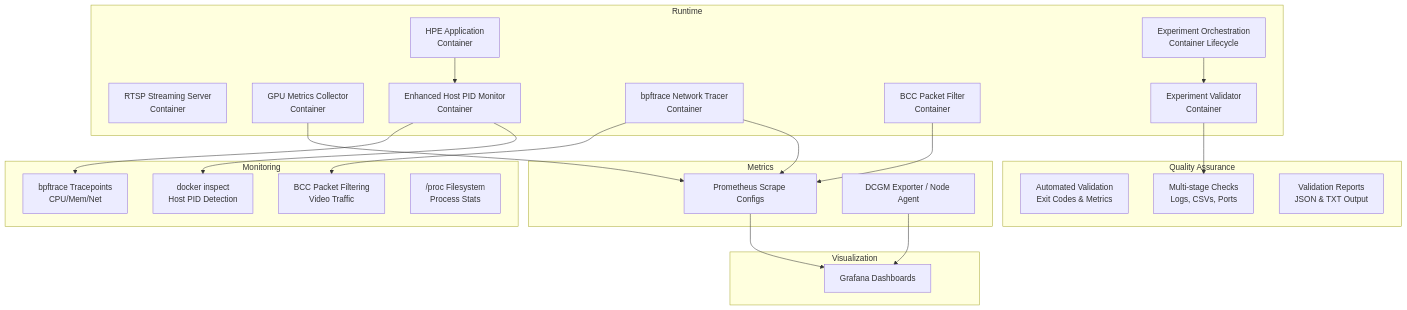
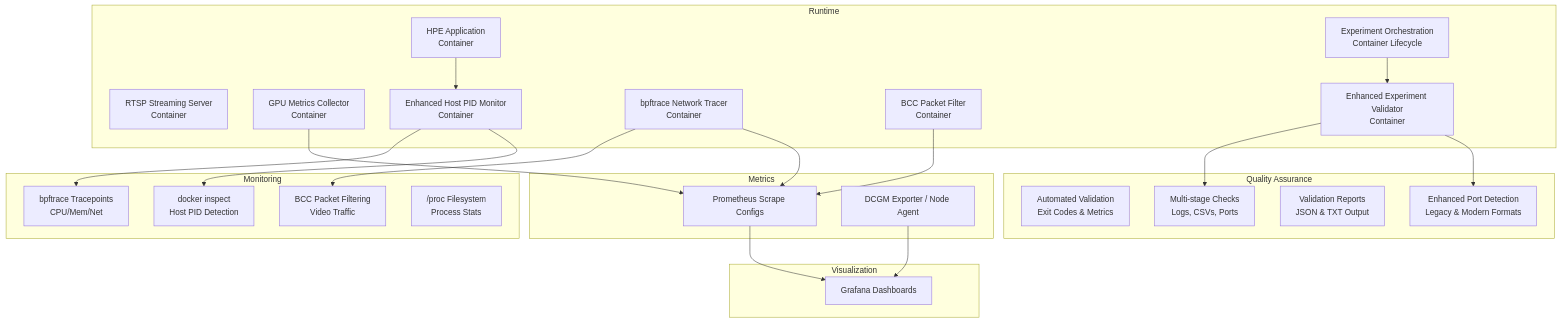
One commit to Fogus-Gr/MeasurementsDTs changed the first of 15 diagrams in .qoder/repowiki/en/content/Monitoring and Analytics/Performance Monitoring.md. Above: the diagram before and after it, drawn with Mermaid. The commit also changed other lines of this file and 7 other files, not shown here.

````diff
--- a/.qoder/repowiki/en/content/Monitoring and Analytics/Performance Monitoring.md
+++ b/.qoder/repowiki/en/content/Monitoring and Analytics/Performance Monitoring.md
@@ -62,43 +64,45 @@
 ```mermaid
 graph TB
 subgraph "Runtime"
 HPE["HPE Application<br/>Container"]
 Streamer["RTSP Streaming Server<br/>Container"]
 GPU["GPU Metrics Collector<br/>Container"]
 HostMonitor["Enhanced Host PID Monitor<br/>Container"]
 BPFTracer["bpftrace Network Tracer<br/>Container"]
 BCCTracer["BCC Packet Filter<br/>Container"]
-Validator["Experiment Validator<br/>Container"]
+Validator["Enhanced Experiment Validator<br/>Container"]
 EndToEnd["End-to-End Experiment<br/>Orchestrator"]
 end
 subgraph "Monitoring"
 BPFTrace["bpftrace Tracepoints<br/>CPU/Mem/Net"]
 DockerInspect["docker inspect<br/>Host PID Detection"]
 BCCFilter["BCC Packet Filtering<br/>Video Traffic"]
 ProcFS["/proc Filesystem<br/>Process Stats"]
 EndToEnd["Experiment Orchestration<br/>Container Lifecycle"]
 end
 subgraph "Quality Assurance"
 Validation["Automated Validation<br/>Exit Codes & Metrics"]
 Checks["Multi-stage Checks<br/>Logs, CSVs, Ports"]
 Reports["Validation Reports<br/>JSON & TXT Output"]
+PortDetection["Enhanced Port Detection<br/>Legacy & Modern Formats"]
 end
 subgraph "Metrics"
 Prom["Prometheus Scrape Configs"]
 Exp["DCGM Exporter / Node Agent"]
 end
 subgraph "Visualization"
 Graf["Grafana Dashboards"]
 end
 HPE --> HostMonitor
 GPU --> Prom
 HostMonitor --> BPFTrace
 HostMonitor --> DockerInspect
 BPFTracer --> BCCFilter
 BPFTracer --> Prom
 BCCTracer --> Prom
 Validator --> Checks
+Validator --> PortDetection
 EndToEnd --> Validator
 Prom --> Graf
 Exp --> Graf
 ```
````
